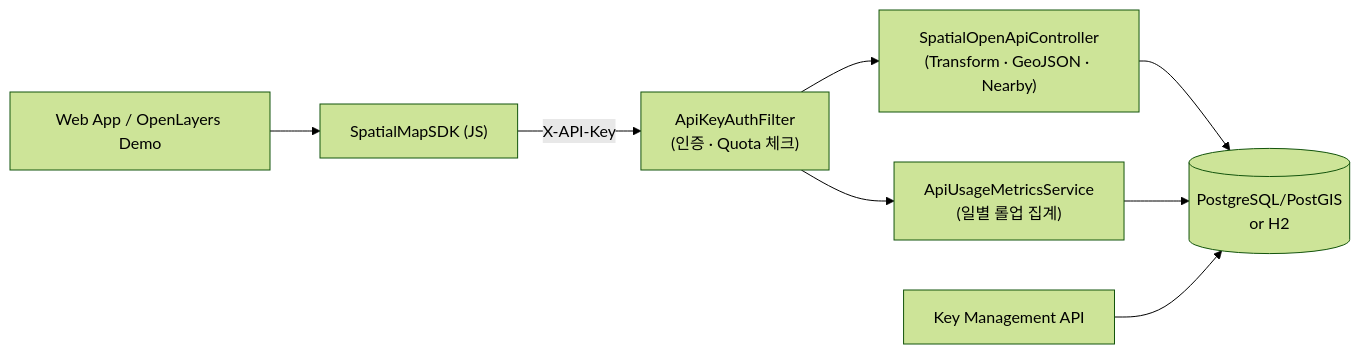
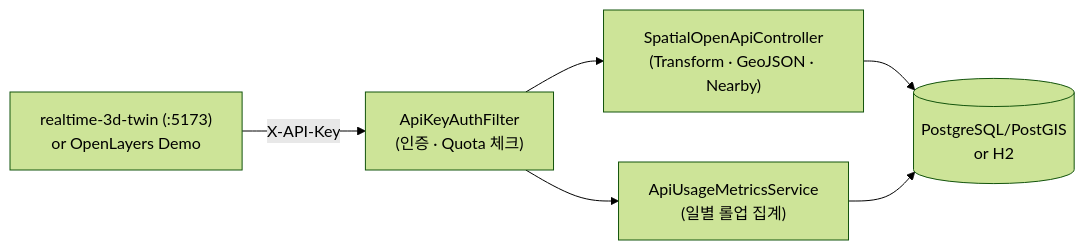
The diagram in README.md (duduri97/spatial-openapi-sdk), drawn with Mermaid (forest theme) before and after one commit. The commit also changed other lines of this file and 3 other files, not shown here.

````diff
--- a/README.md
+++ b/README.md
@@ -8,10 +12,8 @@
 ```mermaid
 flowchart LR
-    Client["Web App / OpenLayers Demo"] --> SDK["SpatialMapSDK (JS)"]
-    SDK -->|"X-API-Key"| Filter["ApiKeyAuthFilter\n(인증 · Quota 체크)"]
+    Twin["realtime-3d-twin (:5173)\nor OpenLayers Demo"] -->|"X-API-Key"| Filter["ApiKeyAuthFilter\n(인증 · Quota 체크)"]
     Filter --> GIS["SpatialOpenApiController\n(Transform · GeoJSON · Nearby)"]
     Filter --> Rollup["ApiUsageMetricsService\n(일별 롤업 집계)"]
     GIS --> DB[("PostgreSQL/PostGIS\nor H2")]
     Rollup --> DB
-    Admin["Key Management API"] --> DB
 ```
````
